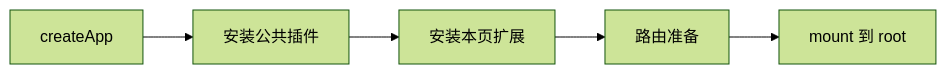
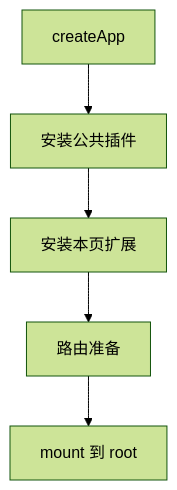
The diagram in content/courses/05-webpack5-engineering/06.mdx (seaeam/elips-doc), drawn with Mermaid (forest theme) before and after one commit. The commit also changed 158 other files, not shown here.

````diff
--- a/content/courses/05-webpack5-engineering/06.mdx
+++ b/content/courses/05-webpack5-engineering/06.mdx
@@ -92,7 +92,8 @@
 ```mermaid
-flowchart LR
+%%{init: {"flowchart": {"useMaxWidth": false}}}%%
+flowchart TD
   A["createApp"] --> B["安装公共插件"]
   B --> C["安装本页扩展"]
   C --> D["路由准备"]
   D --> E["mount 到 root"]
 ```
````
